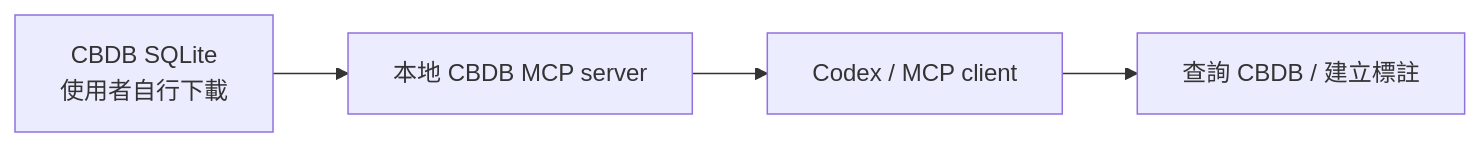
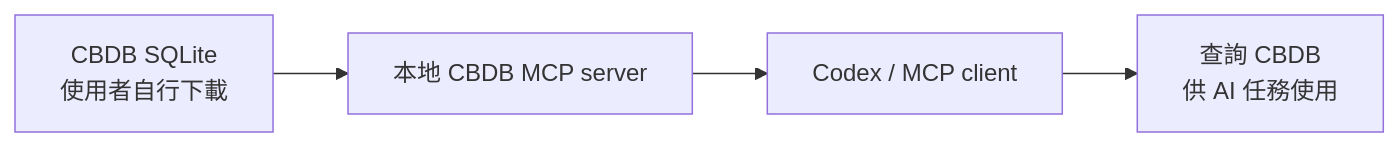
Before and after one commit to cclintw/cbdb-mcp-server-codex: the diagram in README.md, drawn with Mermaid. The commit also changed other lines of this file and 8 other files, not shown here.

````diff
--- a/README.md
+++ b/README.md
@@ -26,6 +25,6 @@
 ```mermaid
 flowchart LR
     A["CBDB SQLite<br>使用者自行下載"] --> B["本地 CBDB MCP server"]
     B --> C["Codex / MCP client"]
-    C --> D["查詢 CBDB / 建立標註"]
+    C --> D["查詢 CBDB<br>供 AI 任務使用"]
 ```
````
